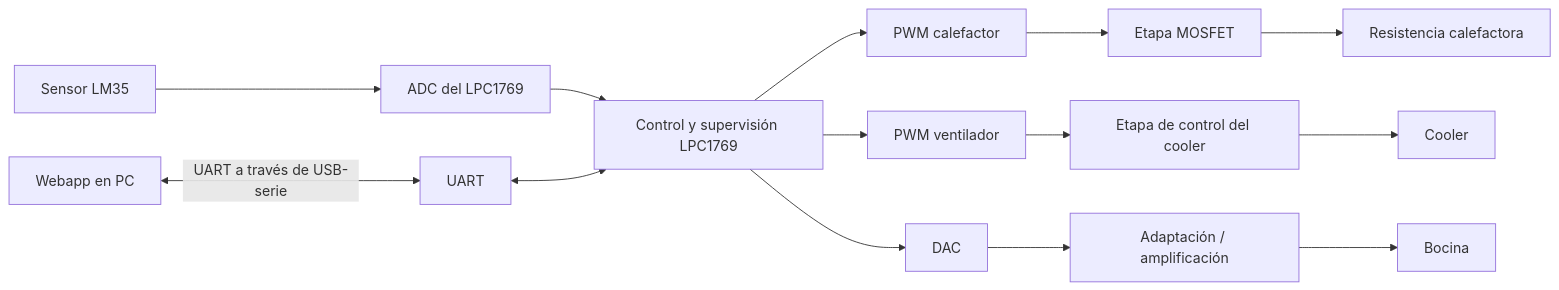
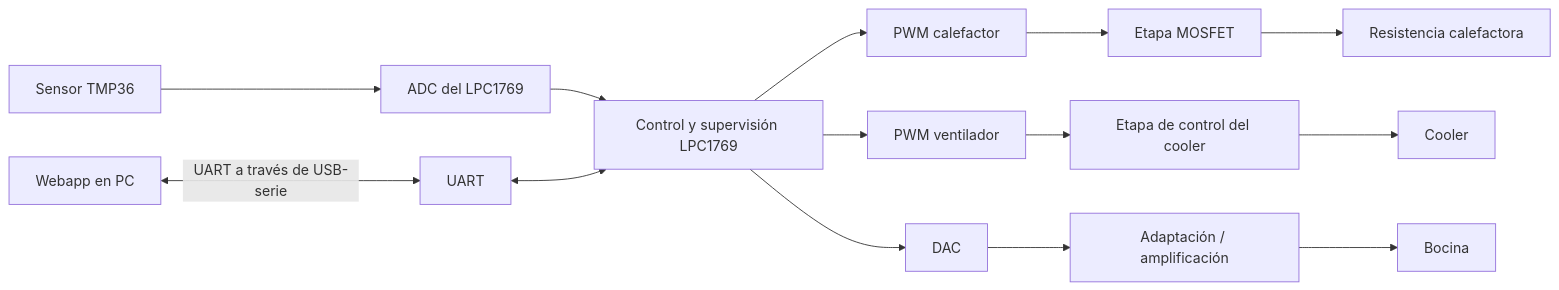
The diagram in README.md (maximourquiza/Sistema-de-Control-Termico-para-Incubadora-Neonatal-a-Escala), drawn with Mermaid before and after one commit. The commit also changed other lines of this file, not shown here.

First line of the commit message:
Change temperature sensor from LM35 to TMP36

````diff
--- a/README.md
+++ b/README.md
@@ -66,16 +64,16 @@
 ```mermaid
 flowchart LR
-    LM35[Sensor LM35] --> ADC[ADC del LPC1769]
+    TMP36[Sensor TMP36] --> ADC[ADC del LPC1769]
     ADC --> MCU[Control y supervisión LPC1769]
     WEB[Webapp en PC] <-->|UART a través de USB-serie| UART[UART]
     UART <--> MCU
     MCU --> PWMH[PWM calefactor]
     PWMH --> MOSH[Etapa MOSFET]
     MOSH --> HEAT[Resistencia calefactora]
     MCU --> PWMF[PWM ventilador]
     PWMF --> DRVF[Etapa de control del cooler]
     DRVF --> FAN[Cooler]
     MCU --> DAC[DAC]
     DAC --> AMP[Adaptación / amplificación]
     AMP --> SOUND[Bocina]
 ```
````
